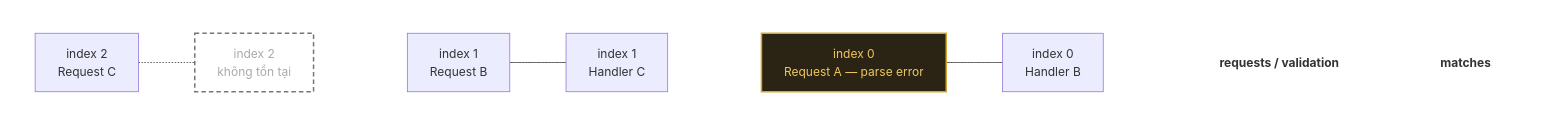
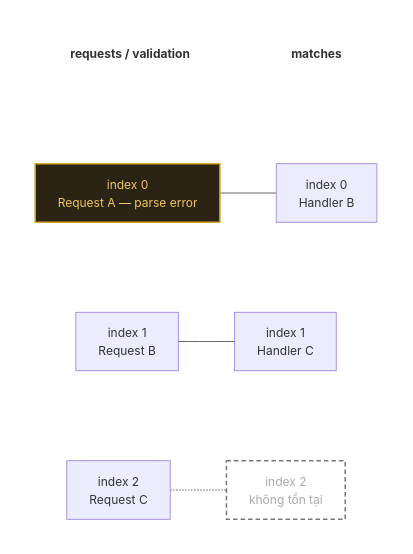
One commit to minhmd25/minhmd25.github.io changed the second of 4 diagrams in _posts/2026-08-09-wp2shell-analysis.md. Above: the diagram before and after it, drawn with Mermaid.

````diff
--- a/_posts/2026-08-09-wp2shell-analysis.md
+++ b/_posts/2026-08-09-wp2shell-analysis.md
@@ -118,33 +118,37 @@
 ```mermaid
 flowchart TB
     subgraph HEAD[" "]
         direction LR
         LEFT["requests / validation"] ~~~ RIGHT["matches"]
     end
 
     subgraph ROW0[" "]
         direction LR
         A["index 0<br/>Request A — parse error"] --- MB["index 0<br/>Handler B"]
     end
 
     subgraph ROW1[" "]
         direction LR
         B["index 1<br/>Request B"] --- MC["index 1<br/>Handler C"]
     end
 
     subgraph ROW2[" "]
         direction LR
         C["index 2<br/>Request C"] -.- EMPTY["index 2<br/>không tồn tại"]
     end
 
+    HEAD ~~~ ROW0
+    ROW0 ~~~ ROW1
+    ROW1 ~~~ ROW2
+
     classDef header fill:transparent,stroke:transparent,font-weight:bold
     classDef error fill:#2b2415,stroke:#d4a72c,color:#f0c75e,stroke-width:2px
     classDef missing fill:transparent,stroke:#777,color:#aaa,stroke-width:2px,stroke-dasharray:6 4
     class LEFT,RIGHT header
     class A error
     class EMPTY missing
     style HEAD fill:transparent,stroke:transparent
     style ROW0 fill:transparent,stroke:transparent
     style ROW1 fill:transparent,stroke:transparent
     style ROW2 fill:transparent,stroke:transparent
 ```
````
